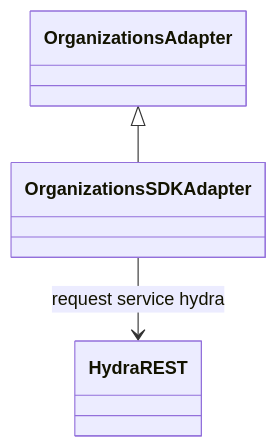
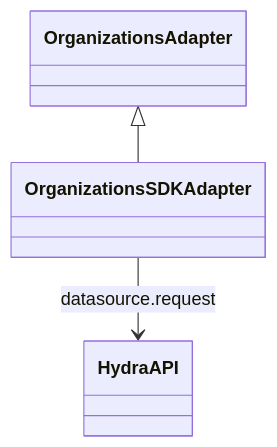
The third of 3 diagrams in src/ai-docs/organizations-sdk-adapter-spec.md (webex/sdk-component-adapter), drawn with Mermaid before and after one commit. The commit also changed other lines of this file and 13 other files, not shown here.

````diff
--- a/src/ai-docs/organizations-sdk-adapter-spec.md
+++ b/src/ai-docs/organizations-sdk-adapter-spec.md
@@ -130,5 +132,5 @@
 ```mermaid
 classDiagram
   OrganizationsAdapter <|-- OrganizationsSDKAdapter
-  OrganizationsSDKAdapter --> HydraREST : request service hydra
+  OrganizationsSDKAdapter --> HydraAPI : datasource.request
 ```
````
